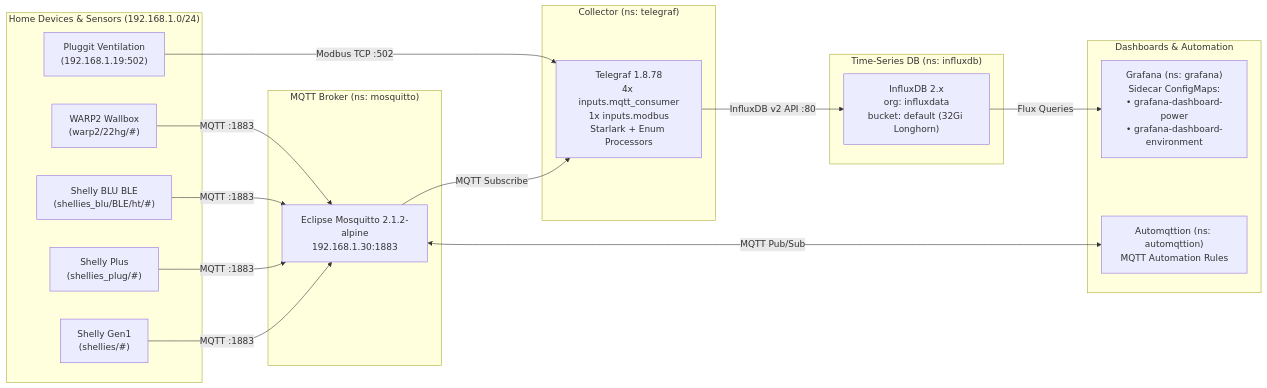
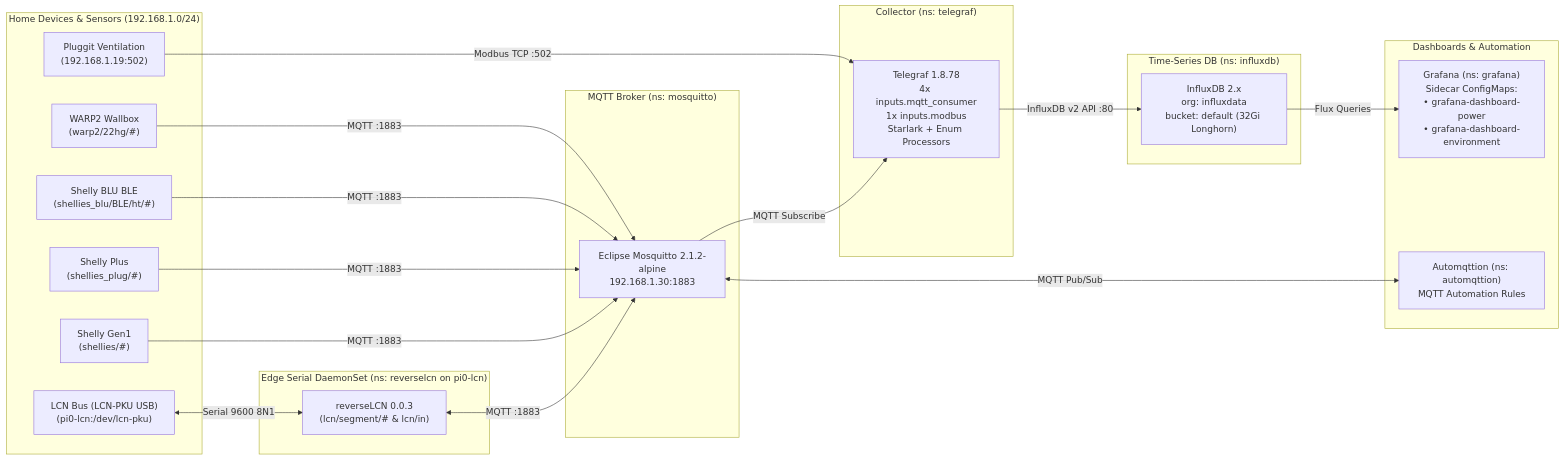
One commit to MyChaOS87/sloth changed the third of 3 diagrams in docs/ARCHITECTURE.md. Above: the diagram before and after it, drawn with Mermaid. The commit also changed other lines of this file and 5 other files, not shown here.

````diff
--- a/docs/ARCHITECTURE.md
+++ b/docs/ARCHITECTURE.md
@@ -159,34 +162,41 @@
 ```mermaid
 flowchart LR
     subgraph Devices["Home Devices & Sensors (192.168.1.0/24)"]
         S1["Shelly Gen1<br/>(shellies/#)"]
         S2["Shelly Plus<br/>(shellies_plug/#)"]
         S3["Shelly BLU BLE<br/>(shellies_blu/BLE/ht/#)"]
         WB["WARP2 Wallbox<br/>(warp2/22hg/#)"]
         PL["Pluggit Ventilation<br/>(192.168.1.19:502)"]
+        LCN["LCN Bus (LCN-PKU USB)<br/>(pi0-lcn:/dev/lcn-pku)"]
+    end
+
+    subgraph EdgeBridge["Edge Serial DaemonSet (ns: reverselcn on pi0-lcn)"]
+        RLCN["reverseLCN 0.0.3<br/>(lcn/segment/# & lcn/in)"]
     end
 
     subgraph Broker["MQTT Broker (ns: mosquitto)"]
         MQ["Eclipse Mosquitto 2.1.2-alpine<br/>192.168.1.30:1883"]
     end
 
     subgraph Collector["Collector (ns: telegraf)"]
         TG["Telegraf 1.8.78<br/>4x inputs.mqtt_consumer<br/>1x inputs.modbus<br/>Starlark + Enum Processors"]
     end
 
     subgraph Storage["Time-Series DB (ns: influxdb)"]
         IDB["InfluxDB 2.x<br/>org: influxdata<br/>bucket: default (32Gi Longhorn)"]
     end
 
     subgraph Visualization["Dashboards & Automation"]
         GF["Grafana (ns: grafana)<br/>Sidecar ConfigMaps:<br/>• grafana-dashboard-power<br/>• grafana-dashboard-environment"]
         AM["Automqttion (ns: automqttion)<br/>MQTT Automation Rules"]
     end
 
+    LCN <-->|Serial 9600 8N1| RLCN
+    RLCN <-->|MQTT :1883| MQ
     S1 & S2 & S3 & WB -->|MQTT :1883| MQ
     MQ -->|MQTT Subscribe| TG
     MQ <-->|MQTT Pub/Sub| AM
     PL -->|Modbus TCP :502| TG
     TG -->|InfluxDB v2 API :80| IDB
     IDB -->|Flux Queries| GF
 ```
````
